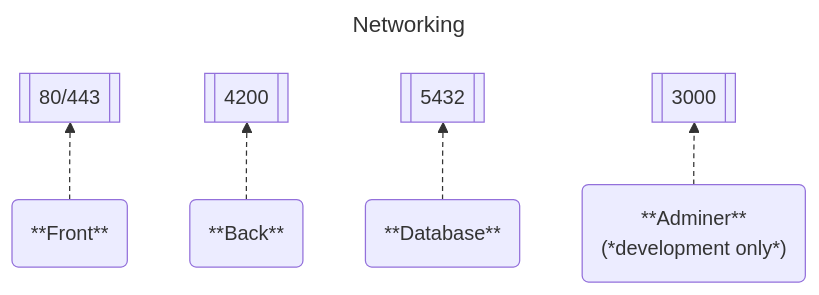
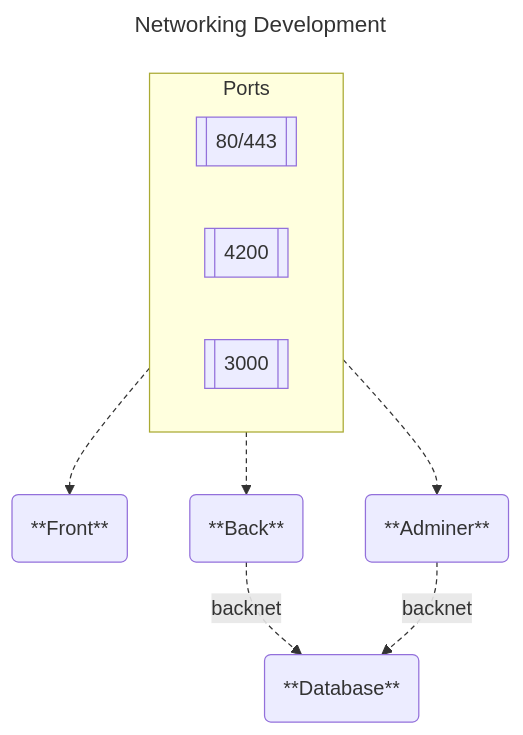
Before and after one commit to Junqo-org/junqo-platform: the first of 5 diagrams in docs/developer/index.md, drawn with Mermaid. The commit also changed other lines of this file and 66 other files, not shown here.

````diff
--- a/docs/developer/index.md
+++ b/docs/developer/index.md
@@ -154,17 +149,29 @@
 ```mermaid
 ---
-title: Networking
+title: Networking Development
 ---
-flowchart BT
-%% External ports
-    A("**Front**") --> P1;
-    B("**Back**") --> P2;
-    C("**Database**") --> P3;
-    D("**Adminer**
-    (*development only*)") --> P4;
+flowchart TB
+  %% External ports
+  subgraph Ports
+    direction LR
     P1[[80/443]];
     P2[[4200]];
-    P3[[5432]];
     P4[[3000]];
-    linkStyle 0,1,2,3 stroke-dasharray: 4 3
+  end
+
+  %%Components
+  A("**Front**")
+  B("**Back**")
+  C("**Database**")
+  D("**Adminer**")
+
+  %% Connections
+  P1 --> A;
+  P2 --> B;
+  P4 --> D;
+  B --"backnet"--> C;
+  D --"backnet"--> C;
+
+  %% Styling
+  linkStyle 0,1,2,3,4 stroke-dasharray: 4 3
 ```
````
